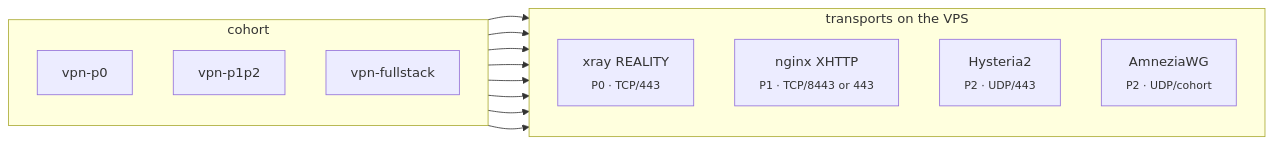
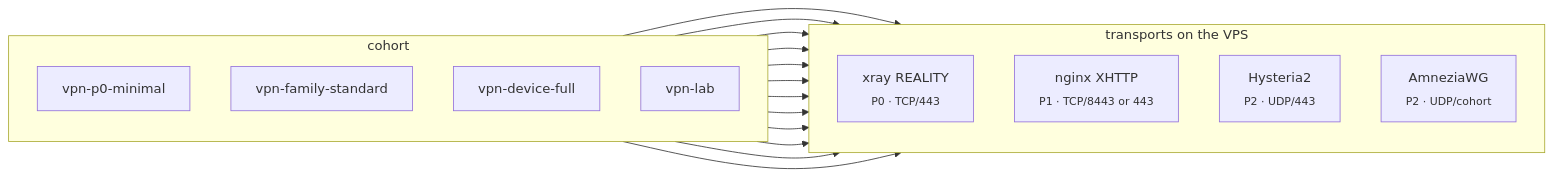
Before and after one commit to po4yka/ripdpi-vpn-deploy: the third of 3 diagrams in README.md, drawn with Mermaid. The commit also changed other lines of this file and 14 other files, not shown here.

````diff
--- a/README.md
+++ b/README.md
@@ -100,25 +99,30 @@
 ```mermaid
 flowchart LR
     subgraph CH[cohort]
         direction TB
-        P0[vpn-p0]
-        PM[vpn-p1p2]
-        FS[vpn-fullstack]
+        P0[vpn-p0-minimal]
+        STD[vpn-family-standard]
+        DEV[vpn-device-full]
+        LAB[vpn-lab]
     end
     subgraph TR[transports on the VPS]
         direction TB
         XR["xray REALITY<br/><sub>P0 · TCP/443</sub>"]
         NG["nginx XHTTP<br/><sub>P1 · TCP/8443 or 443</sub>"]
         HY["Hysteria2<br/><sub>P2 · UDP/443</sub>"]
         AW["AmneziaWG<br/><sub>P2 · UDP/cohort</sub>"]
     end
 
     P0 --> XR
-    PM --> NG
-    PM --> HY
-    PM --> AW
-    FS --> XR
-    FS --> NG
-    FS --> HY
-    FS --> AW
+    STD --> XR
+    STD --> NG
+    STD --> HY
+    DEV --> XR
+    DEV --> NG
+    DEV --> HY
+    DEV --> AW
+    LAB --> XR
+    LAB --> NG
+    LAB --> HY
+    LAB --> AW
 ```
````
